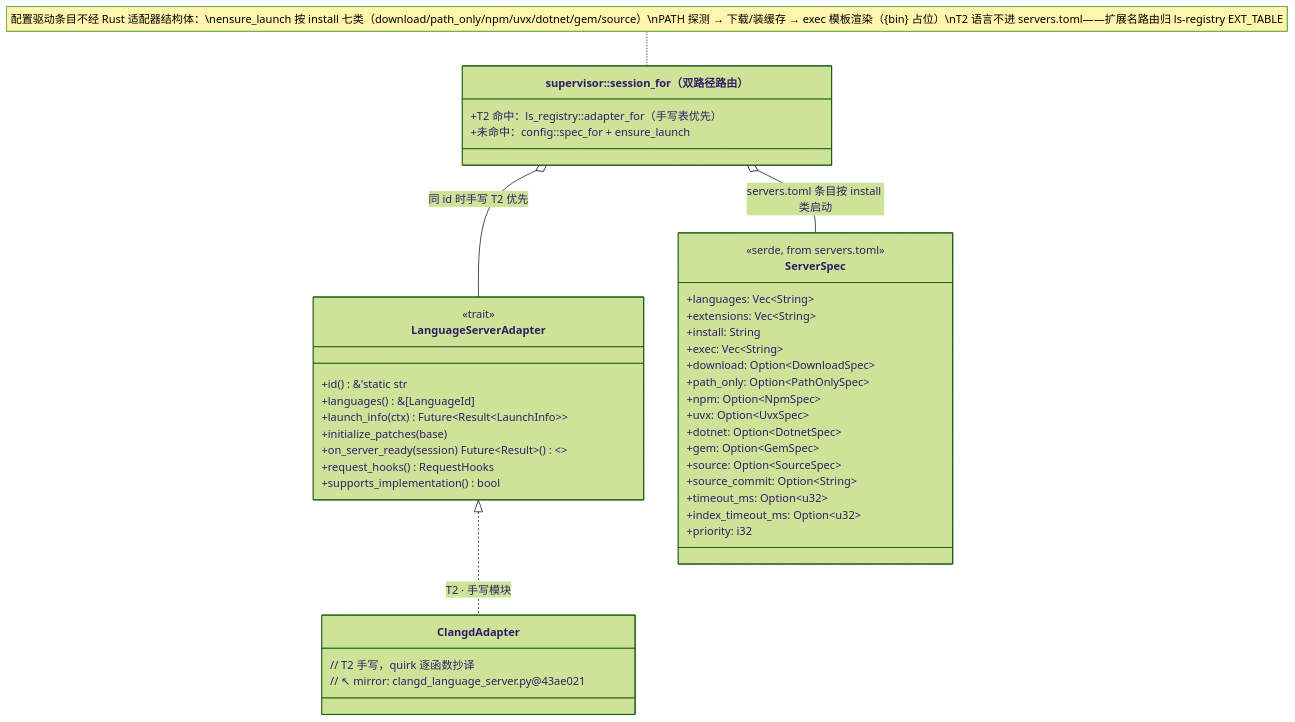
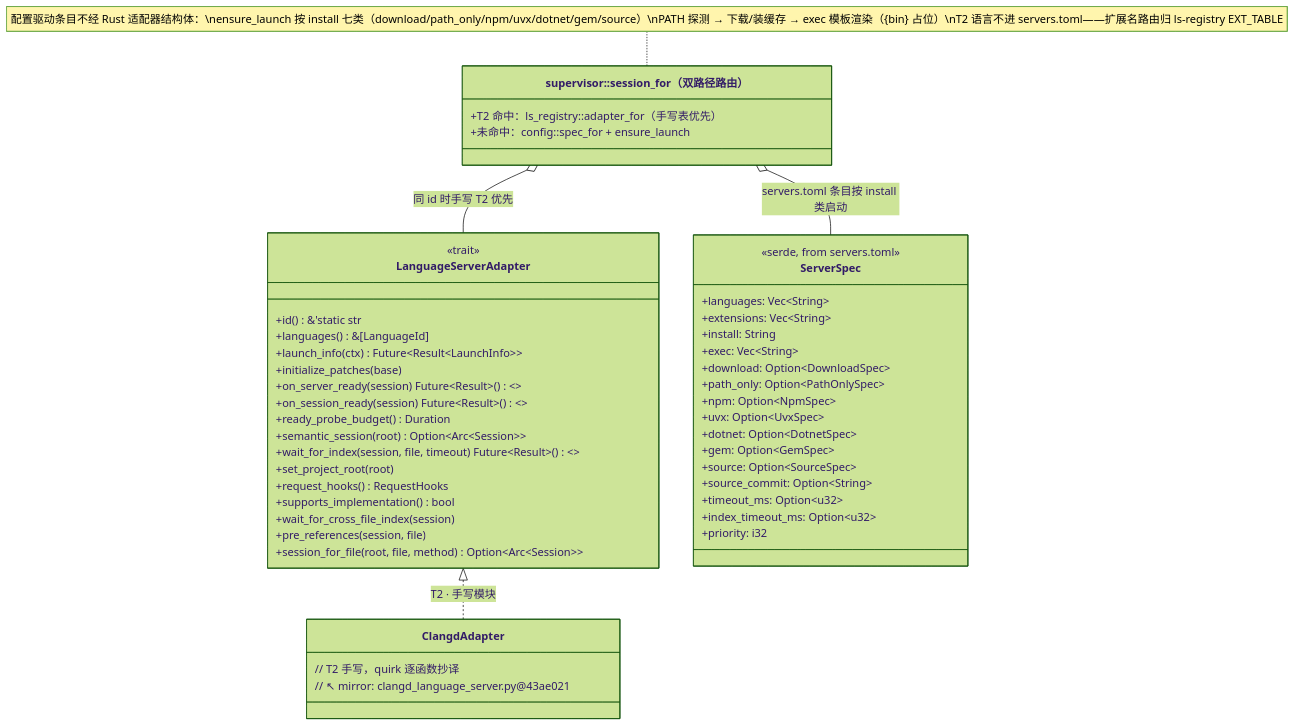
Before and after one commit to Be90nia/serena-cli: the fifth of 8 diagrams in ARCHITECTURE.md, drawn with Mermaid (forest theme). The commit also changed other lines of this file and 29 other files, not shown here.

````diff
--- a/ARCHITECTURE.md
+++ b/ARCHITECTURE.md
@@ -360,44 +359,52 @@
 ```mermaid
 classDiagram
     class LanguageServerAdapter {
         <<trait>>
         +id() &'static str
         +languages() &[LanguageId]
         +launch_info(ctx) Future~Result~LaunchInfo~~
         +initialize_patches(base)
         +on_server_ready(session) Future~Result~()~~
+        +on_session_ready(session) Future~Result~()~~
+        +ready_probe_budget() Duration
+        +semantic_session(root) Option~Arc~Session~~
+        +wait_for_index(session, file, timeout) Future~Result~()~~
+        +set_project_root(root)
         +request_hooks() RequestHooks
         +supports_implementation() bool
+        +wait_for_cross_file_index(session)
+        +pre_references(session, file)
+        +session_for_file(root, file, method) Option~Arc~Session~~
     }
     class ServerSpec {
         <<serde, from servers.toml>>
         +languages: Vec~String~
         +extensions: Vec~String~
         +install: String
         +exec: Vec~String~
         +download: Option~DownloadSpec~
         +path_only: Option~PathOnlySpec~
         +npm: Option~NpmSpec~
         +uvx: Option~UvxSpec~
         +dotnet: Option~DotnetSpec~
         +gem: Option~GemSpec~
         +source: Option~SourceSpec~
         +source_commit: Option~String~
         +timeout_ms: Option~u32~
         +index_timeout_ms: Option~u32~
         +priority: i32
     }
     class ClangdAdapter {
         // T2 手写，quirk 逐函数抄译
         // ↖ mirror: clangd_language_server.py@43ae021
     }
     class session_for["supervisor::session_for（双路径路由）"] {
         +T2 命中：ls_registry::adapter_for（手写表优先）
         +未命中：config::spec_for + ensure_launch
     }
     LanguageServerAdapter <|.. ClangdAdapter : T2 · 手写模块
     session_for o-- ServerSpec : servers.toml 条目按 install 类启动
     session_for o-- LanguageServerAdapter : 同 id 时手写 T2 优先
 
     note for session_for "配置驱动条目不经 Rust 适配器结构体：\nensure_launch 按 install 七类（download/path_only/npm/uvx/dotnet/gem/source）\nPATH 探测 → 下载/装缓存 → exec 模板渲染（{bin} 占位）\nT2 语言不进 servers.toml——扩展名路由归 ls-registry EXT_TABLE"
 ```
````
